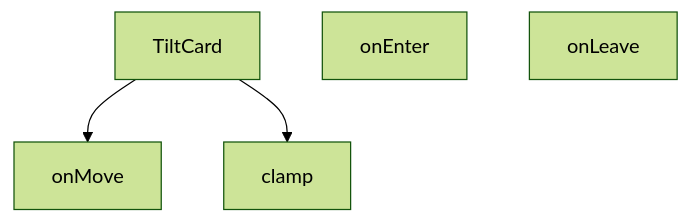
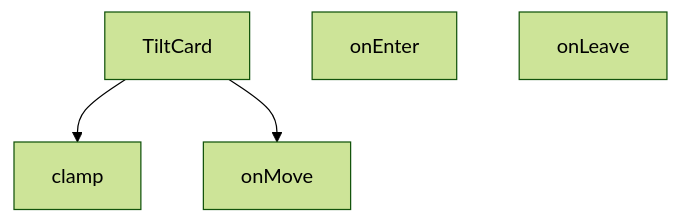
Before and after one commit to peckop/venthub-hvac-esite: the diagram in src/components/TiltCard.md, drawn with Mermaid (forest theme). The commit also changed other lines of this file and 429 other files, not shown here.

````diff
--- a/src/components/TiltCard.md
+++ b/src/components/TiltCard.md
@@ -102,10 +109,10 @@
 ```mermaid
 graph TD
     TiltCard_tsx__TiltCard["TiltCard"]
     TiltCard_tsx__clamp["clamp"]
     TiltCard_tsx__onEnter["onEnter"]
     TiltCard_tsx__onLeave["onLeave"]
     TiltCard_tsx__onMove["onMove"]
+    TiltCard_tsx__TiltCard --> TiltCard_tsx__clamp
     TiltCard_tsx__TiltCard --> TiltCard_tsx__onMove
-    TiltCard_tsx__TiltCard --> TiltCard_tsx__clamp
 ```
````
